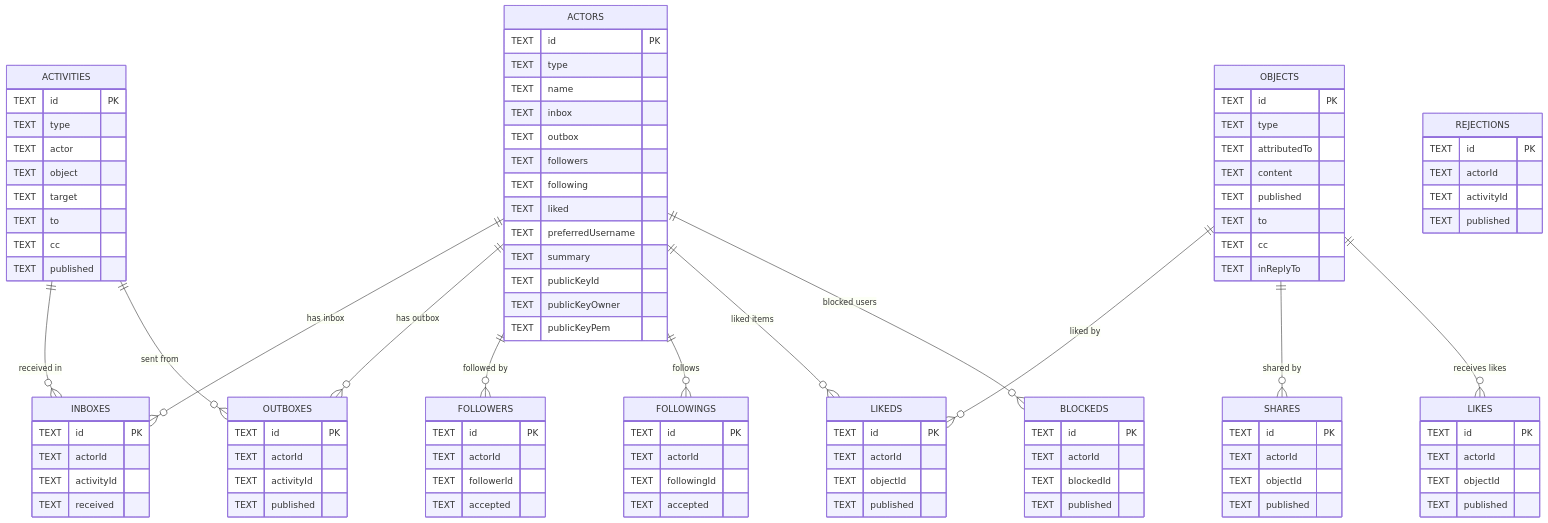
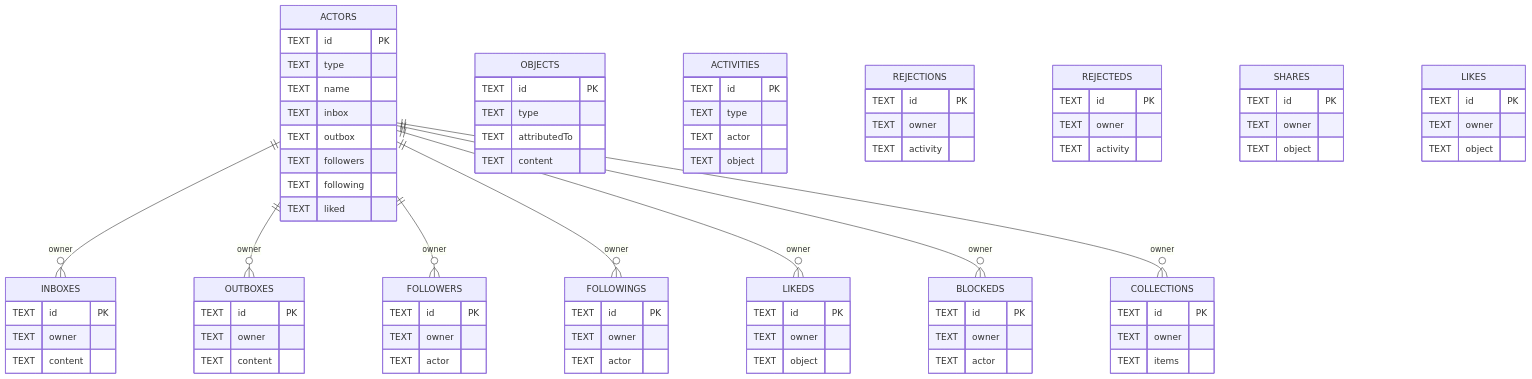
One commit to Shitikyan/node changed the third of 10 diagrams in diagrams/activitypub/ACTIVITYPUB_INTEGRATION.md. Above: the diagram before and after it, drawn with Mermaid. The commit also changed other lines of this file and 3 other files, not shown here.

````diff
--- a/diagrams/activitypub/ACTIVITYPUB_INTEGRATION.md
+++ b/diagrams/activitypub/ACTIVITYPUB_INTEGRATION.md
@@ -192,11 +196,6 @@
         TEXT followers
         TEXT following
         TEXT liked
-        TEXT preferredUsername
-        TEXT summary
-        TEXT publicKeyId
-        TEXT publicKeyOwner
-        TEXT publicKeyPem
     }
 
     OBJECTS {
@@ -204,10 +203,6 @@
         TEXT type
         TEXT attributedTo
         TEXT content
-        TEXT published
-        TEXT to
-        TEXT cc
-        TEXT inReplyTo
     }
 
     ACTIVITIES {
@@ -215,84 +210,79 @@
         TEXT type
         TEXT actor
         TEXT object
-        TEXT target
-        TEXT to
-        TEXT cc
-        TEXT published
     }
 
     INBOXES {
         TEXT id PK
-        TEXT actorId
-        TEXT activityId
-        TEXT received
+        TEXT owner
+        TEXT content
     }
 
     OUTBOXES {
         TEXT id PK
-        TEXT actorId
-        TEXT activityId
-        TEXT published
+        TEXT owner
+        TEXT content
     }
 
     FOLLOWERS {
         TEXT id PK
-        TEXT actorId
-        TEXT followerId
-        TEXT accepted
+        TEXT owner
+        TEXT actor
     }
 
     FOLLOWINGS {
         TEXT id PK
-        TEXT actorId
-        TEXT followingId
-        TEXT accepted
+        TEXT owner
+        TEXT actor
     }
 
     LIKEDS {
         TEXT id PK
-        TEXT actorId
-        TEXT objectId
-        TEXT published
+        TEXT owner
+        TEXT object
+    }
+
+    COLLECTIONS {
+        TEXT id PK
+        TEXT owner
+        TEXT items
     }
 
     BLOCKEDS {
         TEXT id PK
-        TEXT actorId
-        TEXT blockedId
-        TEXT published
+        TEXT owner
+        TEXT actor
     }
 
     REJECTIONS {
         TEXT id PK
-        TEXT actorId
-        TEXT activityId
-        TEXT published
+        TEXT owner
+        TEXT activity
+    }
+
+    REJECTEDS {
+        TEXT id PK
+        TEXT owner
+        TEXT activity
     }
 
     SHARES {
         TEXT id PK
-        TEXT actorId
-        TEXT objectId
-        TEXT published
+        TEXT owner
+        TEXT object
     }
 
     LIKES {
         TEXT id PK
-        TEXT actorId
-        TEXT objectId
-        TEXT published
+        TEXT owner
+        TEXT object
     }
 
-    ACTORS ||--o{ INBOXES : "has inbox"
-    ACTORS ||--o{ OUTBOXES : "has outbox"
-    ACTORS ||--o{ FOLLOWERS : "followed by"
-    ACTORS ||--o{ FOLLOWINGS : "follows"
-    ACTORS ||--o{ LIKEDS : "liked items"
-    ACTORS ||--o{ BLOCKEDS : "blocked users"
-    ACTIVITIES ||--o{ INBOXES : "received in"
-    ACTIVITIES ||--o{ OUTBOXES : "sent from"
-    OBJECTS ||--o{ LIKEDS : "liked by"
-    OBJECTS ||--o{ SHARES : "shared by"
-    OBJECTS ||--o{ LIKES : "receives likes"
+    ACTORS ||--o{ INBOXES : "owner"
+    ACTORS ||--o{ OUTBOXES : "owner"
+    ACTORS ||--o{ FOLLOWERS : "owner"
+    ACTORS ||--o{ FOLLOWINGS : "owner"
+    ACTORS ||--o{ LIKEDS : "owner"
+    ACTORS ||--o{ BLOCKEDS : "owner"
+    ACTORS ||--o{ COLLECTIONS : "owner"
 ```
````
